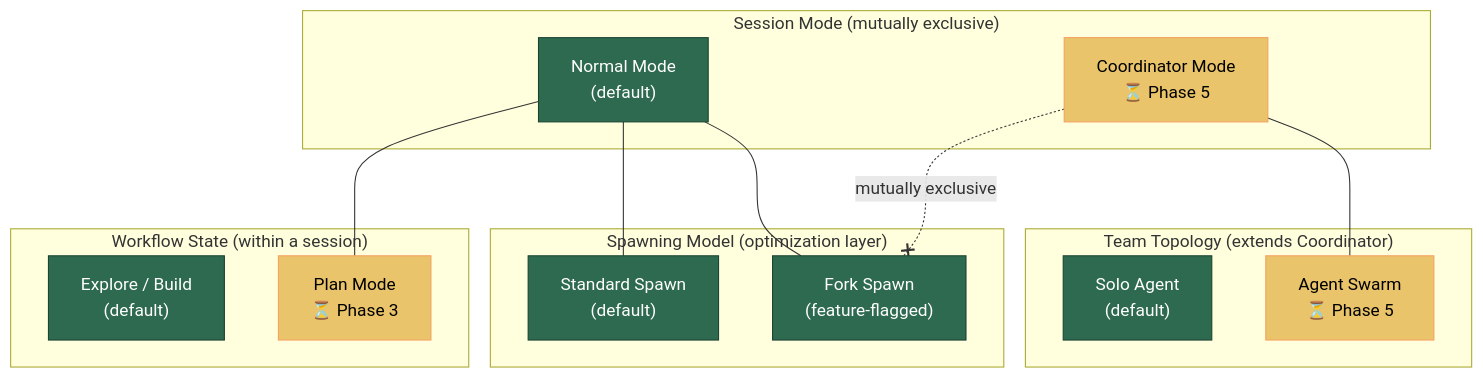
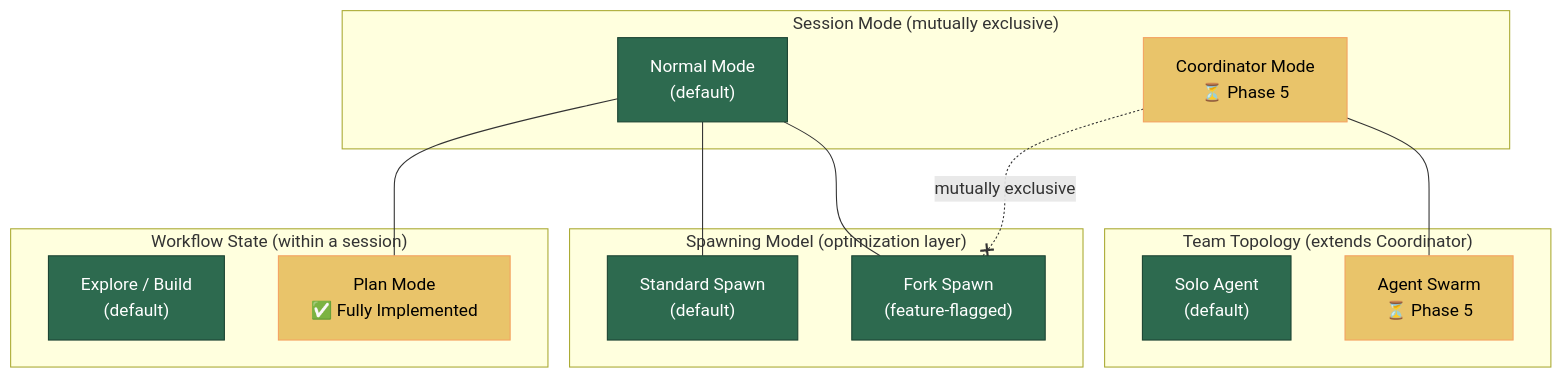
The diagram in packages/core/docs/agent-execution-modes.md (liteaiagent/liteai), drawn with Mermaid before and after one commit. The commit also changed other lines of this file and 15 other files, not shown here.

````diff
--- a/packages/core/docs/agent-execution-modes.md
+++ b/packages/core/docs/agent-execution-modes.md
@@ -21,37 +21,37 @@
 ```mermaid
 flowchart TD
     subgraph "Session Mode (mutually exclusive)"
         Normal["Normal Mode<br/>(default)"]
         Coordinator["Coordinator Mode<br/>⏳ Phase 5"]
     end
 
     subgraph "Spawning Model (optimization layer)"
         Standard["Standard Spawn<br/>(default)"]
         Fork["Fork Spawn<br/>(feature-flagged)"]
     end
 
     subgraph "Workflow State (within a session)"
         Explore["Explore / Build<br/>(default)"]
-        Plan["Plan Mode<br/>⏳ Phase 3"]
+        Plan["Plan Mode<br/>✅ Fully Implemented"]
     end
 
     subgraph "Team Topology (extends Coordinator)"
         Solo["Solo Agent<br/>(default)"]
         Swarm["Agent Swarm<br/>⏳ Phase 5"]
     end
 
     Normal --- Standard
     Normal --- Fork
     Normal --- Plan
     Coordinator --- Swarm
     Coordinator -.-x|"mutually exclusive"| Fork
 
     style Normal fill:#2d6a4f,stroke:#1b4332,color:#fff
     style Standard fill:#2d6a4f,stroke:#1b4332,color:#fff
     style Explore fill:#2d6a4f,stroke:#1b4332,color:#fff
     style Solo fill:#2d6a4f,stroke:#1b4332,color:#fff
     style Fork fill:#2d6a4f,stroke:#1b4332,color:#fff
     style Coordinator fill:#e9c46a,stroke:#f4a261,color:#000
     style Plan fill:#e9c46a,stroke:#f4a261,color:#000
     style Swarm fill:#e9c46a,stroke:#f4a261,color:#000
 ```
````
